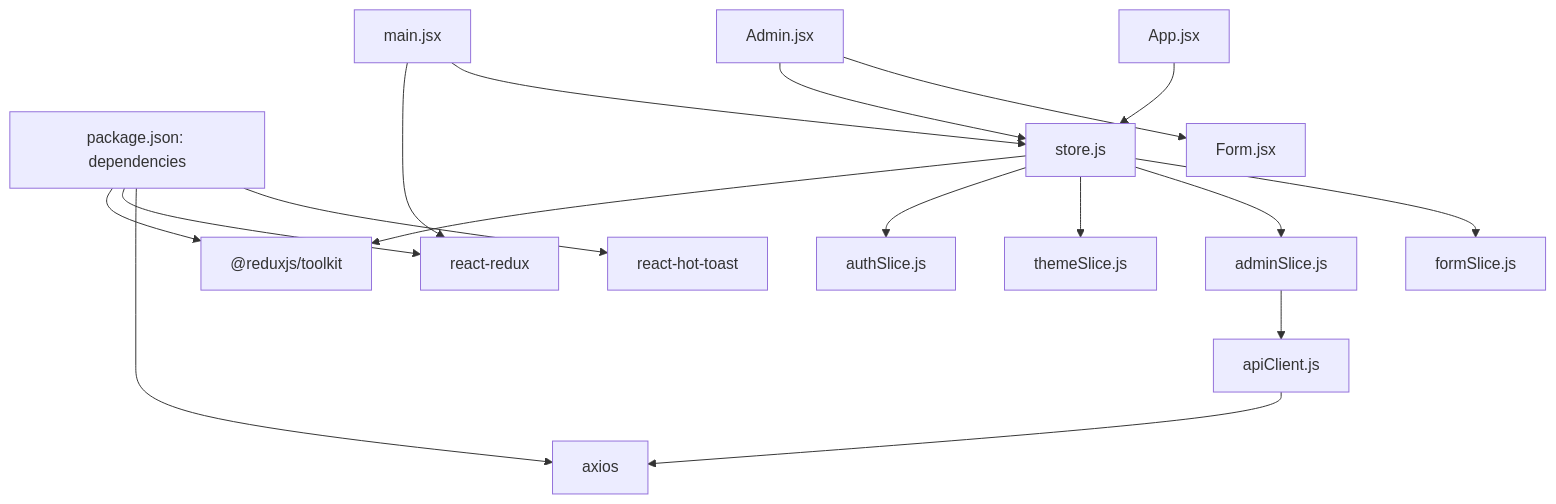
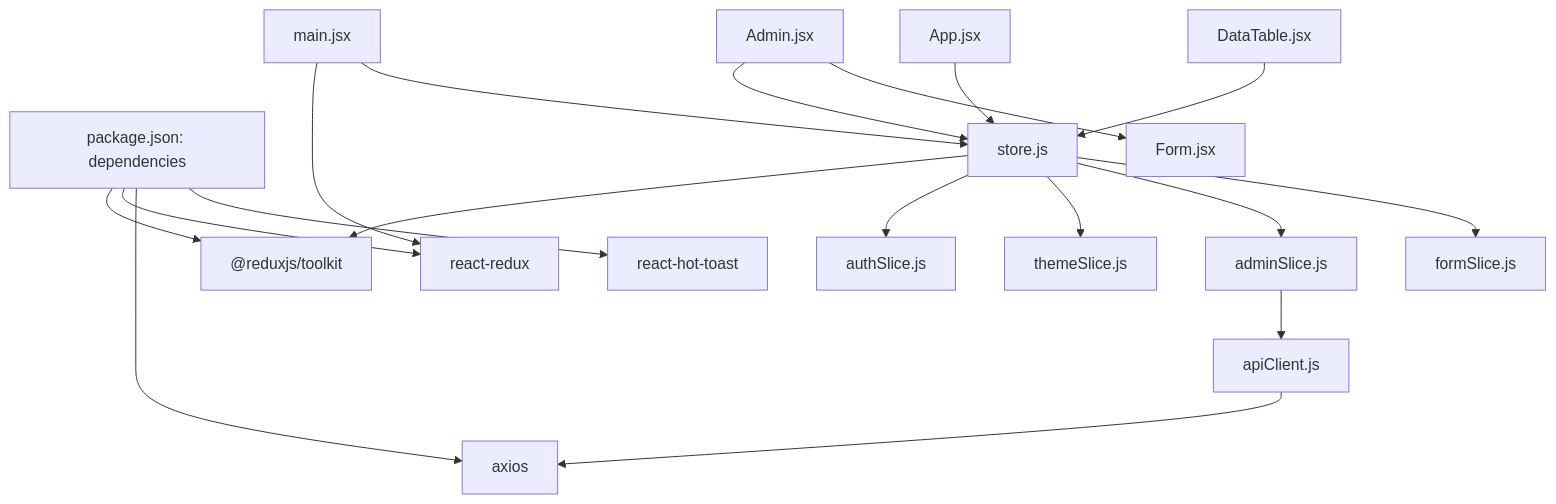
One commit to Aryan9060/Timetable-Project changed diagram 11 of 11 in .qoder/repowiki/en/content/State Management/Redux Store Configuration.md. Above: the diagram before and after it, drawn with Mermaid. The commit also changed other lines of this file and 6 other files, not shown here.

````diff
--- a/.qoder/repowiki/en/content/State Management/Redux Store Configuration.md
+++ b/.qoder/repowiki/en/content/State Management/Redux Store Configuration.md
@@ -357,19 +443,20 @@
 ```mermaid
 graph TB
 Pkg["package.json: dependencies"] --> RTK["@reduxjs/toolkit"]
 Pkg --> RR["react-redux"]
 Pkg --> AX["axios"]
 Pkg --> HT["react-hot-toast"]
 StoreJS["store.js"] --> RTK
 StoreJS --> Auth["authSlice.js"]
 StoreJS --> Theme["themeSlice.js"]
 StoreJS --> Admin["adminSlice.js"]
 StoreJS --> Form["formSlice.js"]
 MainJSX["main.jsx"] --> RR
 MainJSX --> StoreJS
 AppJSX["App.jsx"] --> StoreJS
 AdminJSX["Admin.jsx"] --> StoreJS
+DataTableJSX["DataTable.jsx"] --> StoreJS
 AdminJSX --> FormJSX["Form.jsx"]
 Admin["adminSlice.js"] --> APIClient["apiClient.js"]
 APIClient --> AX
 ```
````
